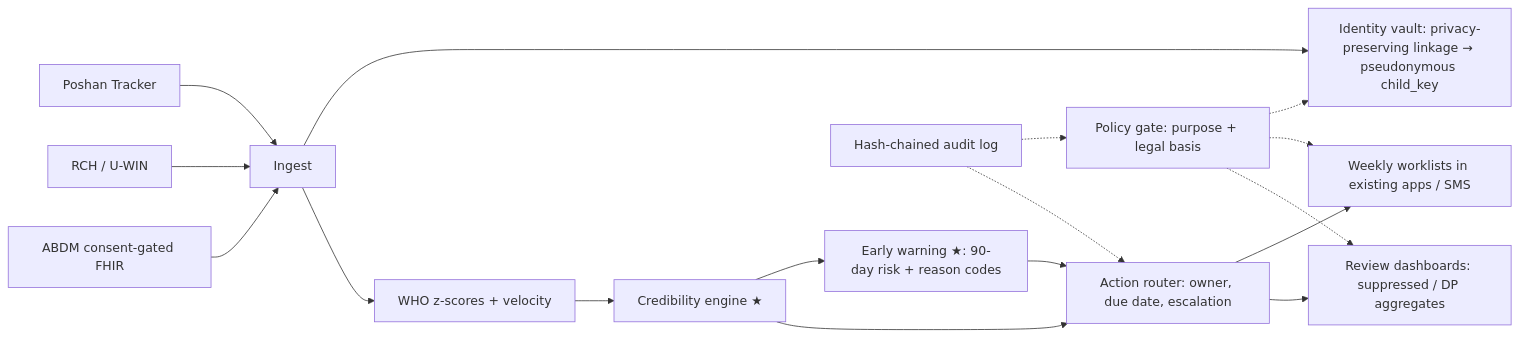
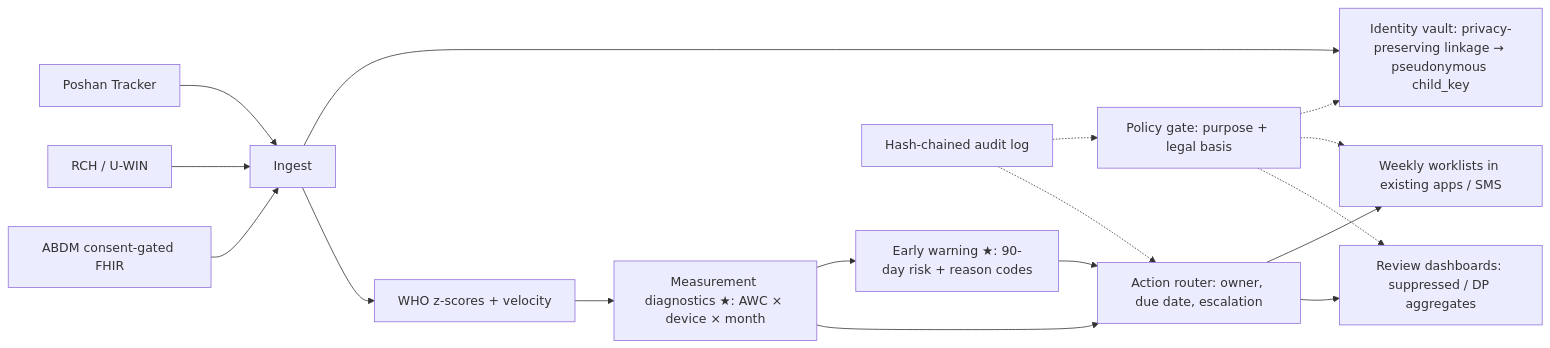
The diagram in india71-t1-nutrition/deliverables/round1-proposal.md (imdigitalashish/techfest-2026), drawn with Mermaid before and after one commit. The commit also changed other lines of this file and 8 other files, not shown here.

Commit message:
india71-t1-nutrition: hostile-judge review 01 + ADR 002 (measurement diagnostics, no worker scoring, legal go/no-go, service-readiness gate); proposal v0.2; employment-use deny in policy (31/31); autoresearch iteration 1 rejected (overfit)

````diff
--- a/india71-t1-nutrition/deliverables/round1-proposal.md
+++ b/india71-t1-nutrition/deliverables/round1-proposal.md
@@ -41,16 +41,16 @@
 ```mermaid
 flowchart LR
   PT[Poshan Tracker] --> ING[Ingest]
   RCH[RCH / U-WIN] --> ING
   ABDM[ABDM consent-gated FHIR] --> ING
   ING --> VAULT[Identity vault: privacy-preserving linkage → pseudonymous child_key]
   ING --> Z[WHO z-scores + velocity]
-  Z --> CRED[Credibility engine ★]
+  Z --> CRED[Measurement diagnostics ★: AWC × device × month]
   CRED --> EW[Early warning ★: 90-day risk + reason codes]
   EW --> ROUTE[Action router: owner, due date, escalation]
   CRED --> ROUTE
   ROUTE --> WL[Weekly worklists in existing apps / SMS]
   ROUTE --> DASH[Review dashboards: suppressed / DP aggregates]
   POL[Policy gate: purpose + legal basis] -.-> VAULT & WL & DASH
   AUD[Hash-chained audit log] -.-> POL & ROUTE
 ```
````
